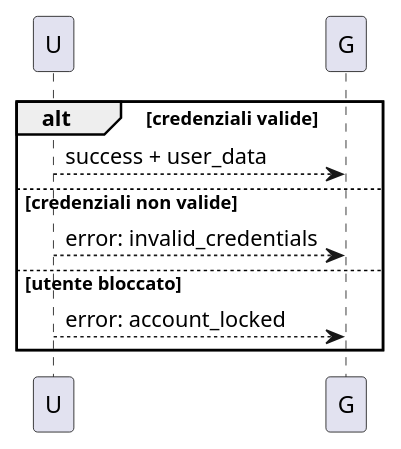
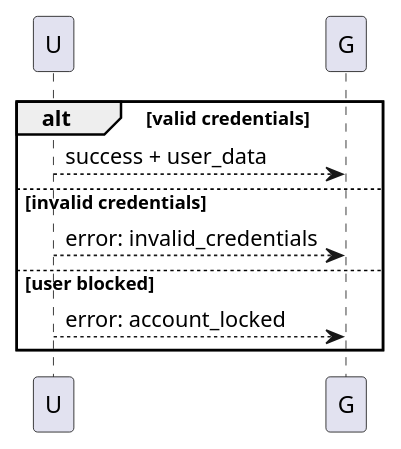
One commit to Seniorsimo/sas-template changed the tenth of 32 diagrams in 03-behavioral-diagrams/sequence-diagrams/README.md. Above: the diagram before and after it, drawn with PlantUML. The commit also changed other lines of this file and 49 other files, not shown here.

````diff
--- a/03-behavioral-diagrams/sequence-diagrams/README.md
+++ b/03-behavioral-diagrams/sequence-diagrams/README.md
@@ -117,9 +117,9 @@
 ```plantuml
-alt credenziali valide
+alt valid credentials
   U --> G: success + user_data
-else credenziali non valide
+else invalid credentials
   U --> G: error: invalid_credentials
-else utente bloccato
+else user blocked
   U --> G: error: account_locked
 end
 ```
````
